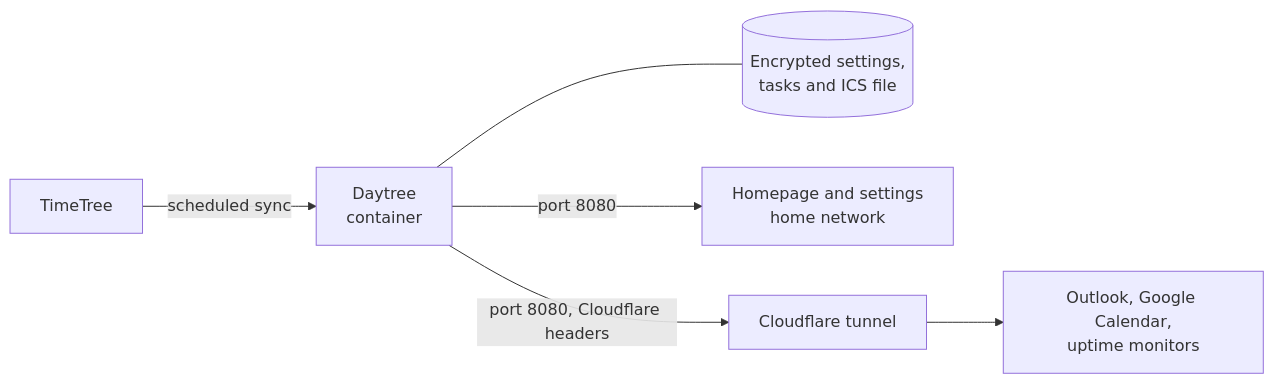
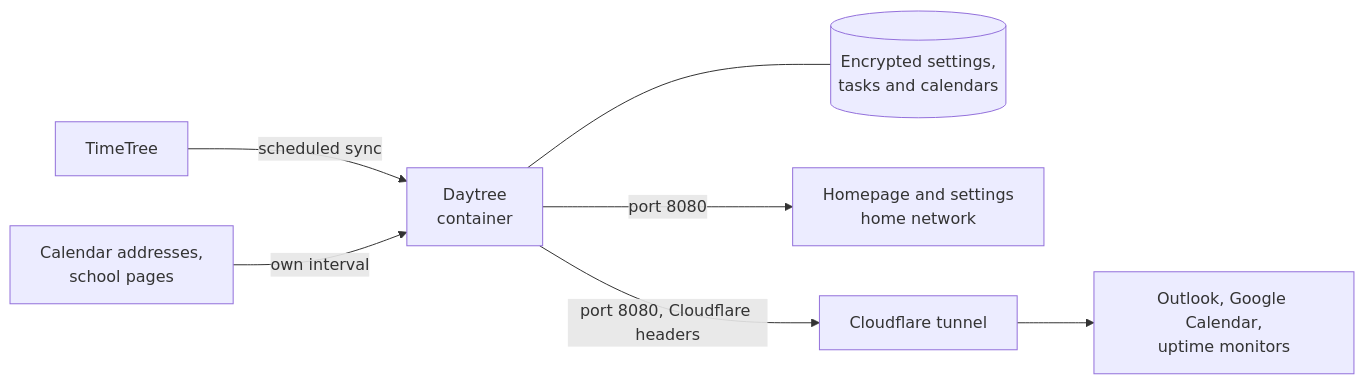
The diagram in README.md (storkakos/daytree), drawn with Mermaid before and after one commit. The commit also changed other lines of this file, not shown here.

First line of the commit message:
Refine the README for the current app (#83)

````diff
--- a/README.md
+++ b/README.md
@@ -211,8 +232,9 @@
 ```mermaid
 flowchart LR
     TT[TimeTree] -->|scheduled sync| APP[Daytree<br>container]
-    APP --- DATA[(Encrypted settings,<br>tasks and ICS file)]
+    OTHER[Calendar addresses,<br>school pages] -->|own interval| APP
+    APP --- DATA[(Encrypted settings,<br>tasks and calendars)]
     APP -->|port 8080| LAN[Homepage and settings<br>home network]
     APP -->|port 8080, Cloudflare headers| CF[Cloudflare tunnel]
     CF --> CAL[Outlook, Google Calendar,<br>uptime monitors]
 ```
````
